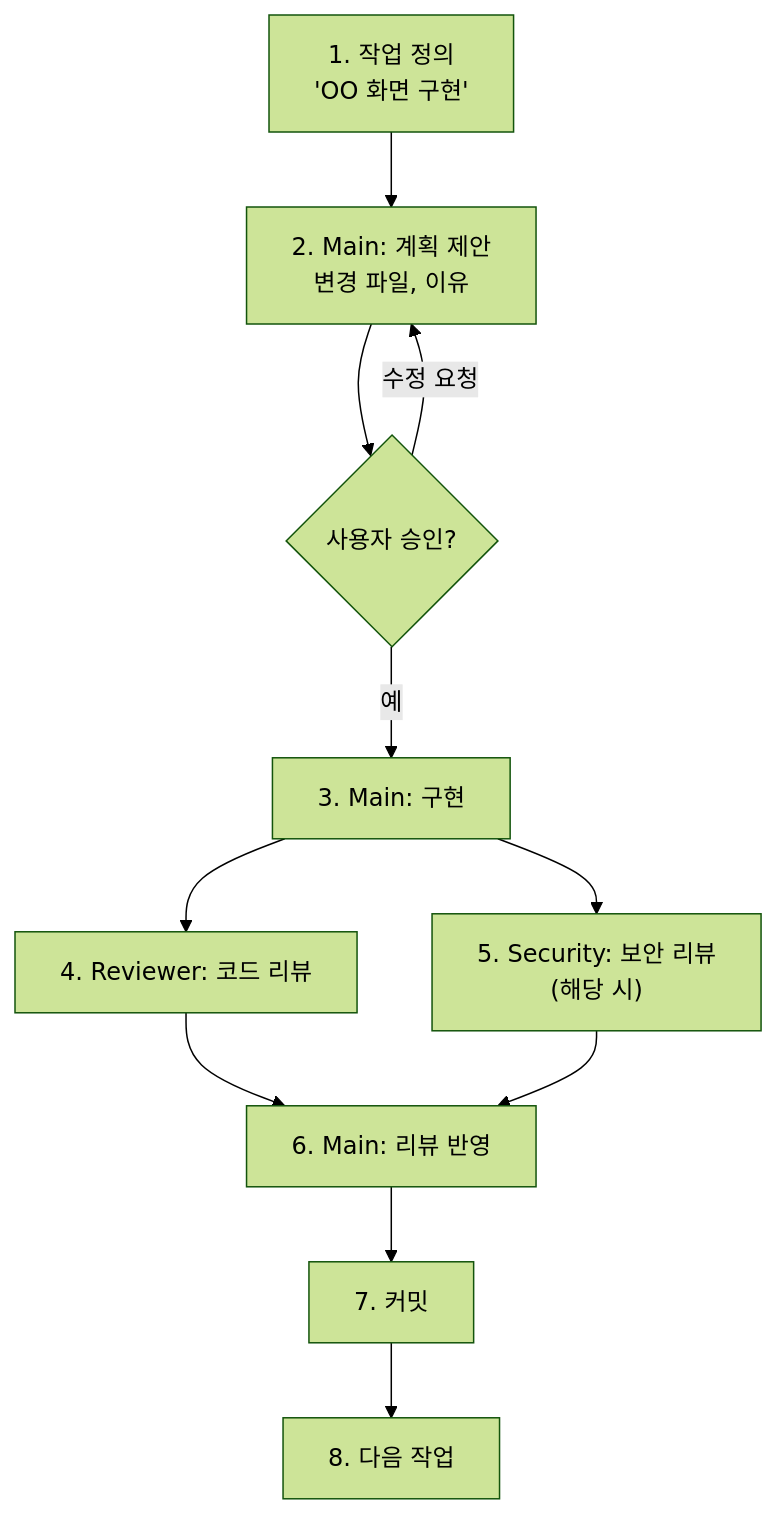
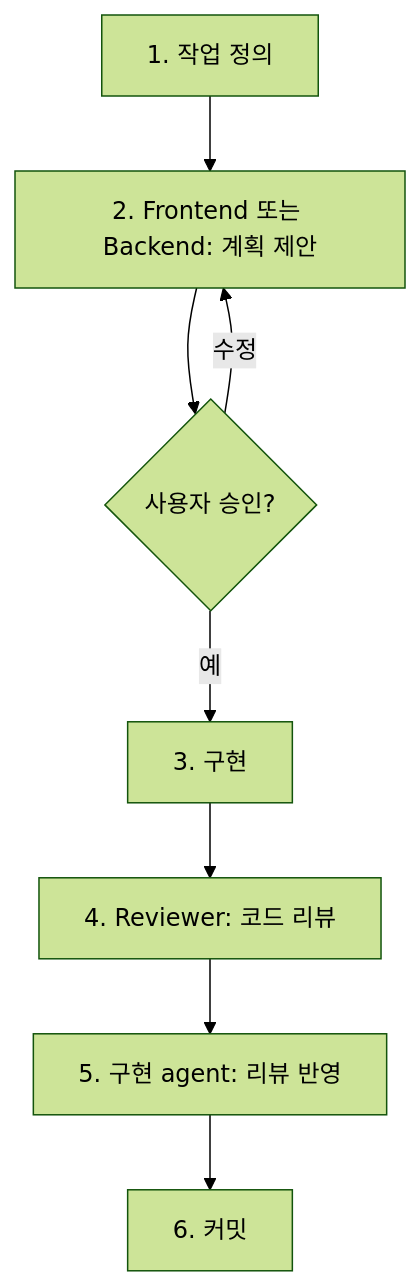
The first of 2 diagrams in docs/agent-view-workflow.md (hjnMavis/typolog), drawn with Mermaid (forest theme) before and after one commit. The commit also changed other lines of this file and 7 other files, not shown here.

````diff
--- a/docs/agent-view-workflow.md
+++ b/docs/agent-view-workflow.md
@@ -211,13 +82,10 @@
 ```mermaid
 graph TD
-    A["1. 작업 정의\n'OO 화면 구현'"] --> B["2. Main: 계획 제안\n변경 파일, 이유"]
+    A["1. 작업 정의"] --> B["2. Frontend 또는 Backend: 계획 제안"]
     B --> C{"사용자 승인?"}
-    C -->|"예"| D["3. Main: 구현"]
-    C -->|"수정 요청"| B
+    C -->|"예"| D["3. 구현"]
+    C -->|"수정"| B
     D --> E["4. Reviewer: 코드 리뷰"]
-    D --> F["5. Security: 보안 리뷰\n(해당 시)"]
-    E --> G["6. Main: 리뷰 반영"]
-    F --> G
-    G --> H["7. 커밋"]
-    H --> I["8. 다음 작업"]
+    E --> F["5. 구현 agent: 리뷰 반영"]
+    F --> G["6. 커밋"]
 ```
````
